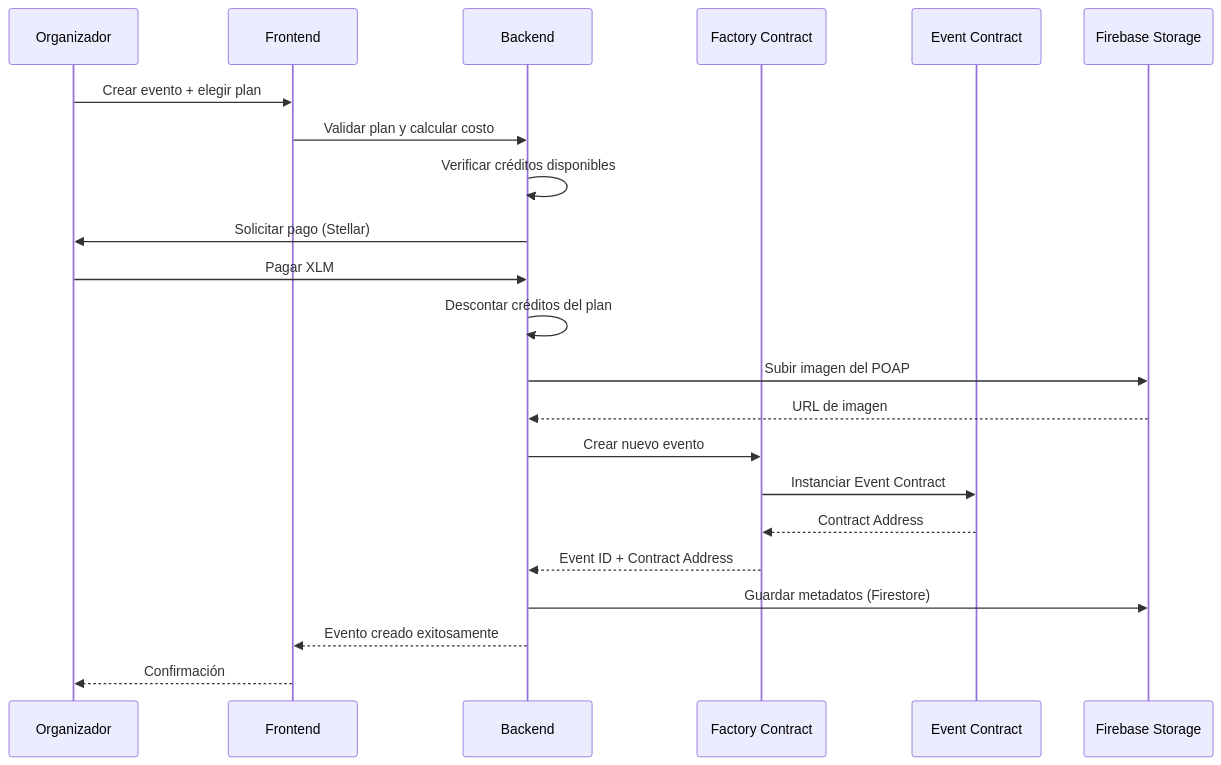
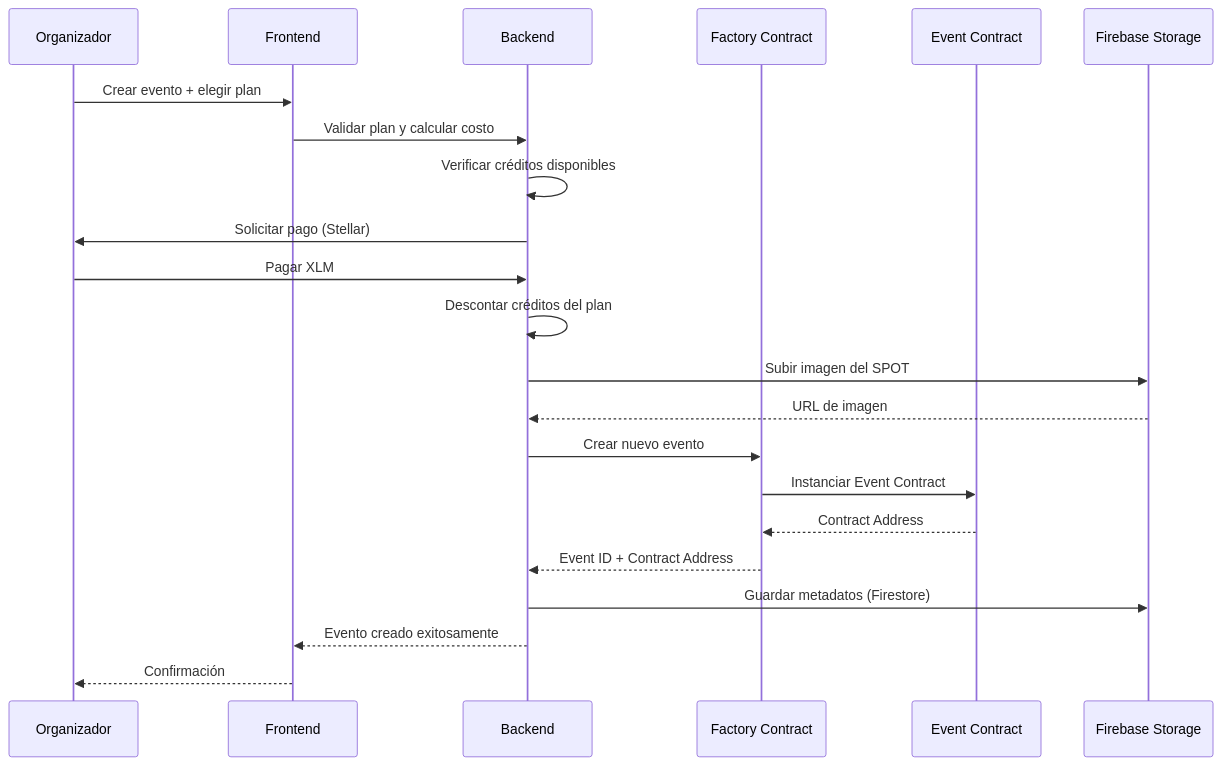
One commit to mesas01/hackatonArgentinaNov changed the second of 10 diagrams in docs/ARCHITECTURE.md. Above: the diagram before and after it, drawn with Mermaid. The commit also changed other lines of this file and 16 other files, not shown here.

````diff
--- a/docs/ARCHITECTURE.md
+++ b/docs/ARCHITECTURE.md
@@ -53,25 +53,25 @@
 ```mermaid
 sequenceDiagram
     participant O as Organizador
     participant UI as Frontend
     participant B as Backend
     participant F as Factory Contract
     participant E as Event Contract
     participant S as Firebase Storage
 
     O->>UI: Crear evento + elegir plan
     UI->>B: Validar plan y calcular costo
     B->>B: Verificar créditos disponibles
     B->>O: Solicitar pago (Stellar)
     O->>B: Pagar XLM
     B->>B: Descontar créditos del plan
-    B->>S: Subir imagen del POAP
+    B->>S: Subir imagen del SPOT
     S-->>B: URL de imagen
     B->>F: Crear nuevo evento
     F->>E: Instanciar Event Contract
     E-->>F: Contract Address
     F-->>B: Event ID + Contract Address
     B->>S: Guardar metadatos (Firestore)
     B-->>UI: Evento creado exitosamente
     UI-->>O: Confirmación
 ```
````
